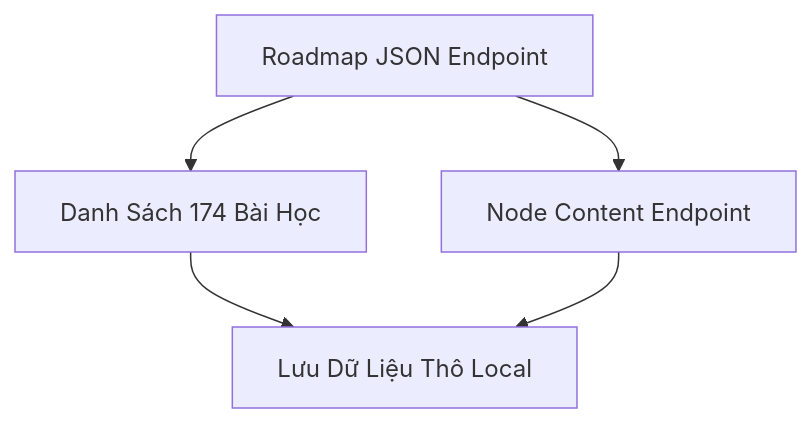
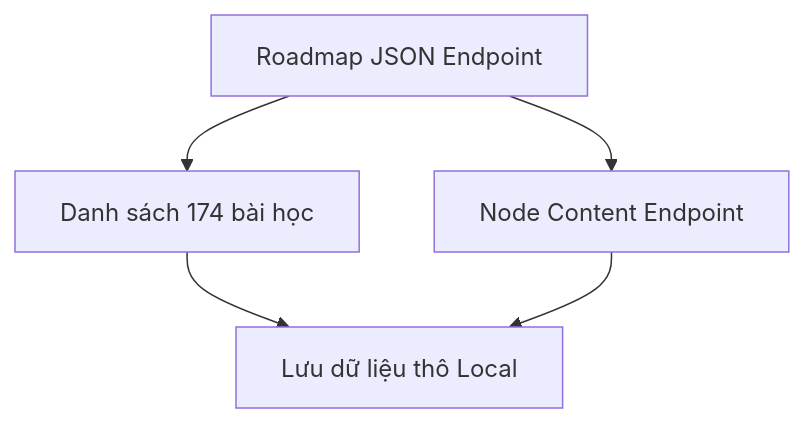
One commit to nguyengoctin/my_website changed the diagram in content/posts/quy-trinh-thu-thap-va-chuyen-doi-ai-engineer-roadmap-song-ngu.md. Above: the diagram before and after it, drawn with Mermaid. The commit also changed 9 other files, not shown here.

````diff
--- a/content/posts/quy-trinh-thu-thap-va-chuyen-doi-ai-engineer-roadmap-song-ngu.md
+++ b/content/posts/quy-trinh-thu-thap-va-chuyen-doi-ai-engineer-roadmap-song-ngu.md
@@ -55,7 +55,11 @@
 ```mermaid
 flowchart TD
-    A["Roadmap JSON Endpoint"] --> B["Danh Sách 174 Bài Học"]
-    A --> C["Node Content Endpoint"]
-    B --> D["Lưu Dữ Liệu Thô Local"]
+    A["`Roadmap JSON Endpoint`"]
+    B["`Danh sách 174 bài học`"]
+    C["`Node Content Endpoint`"]
+    D["`Lưu dữ liệu thô Local`"]
+    A --> B
+    A --> C
+    B --> D
     C --> D
 ```
````
